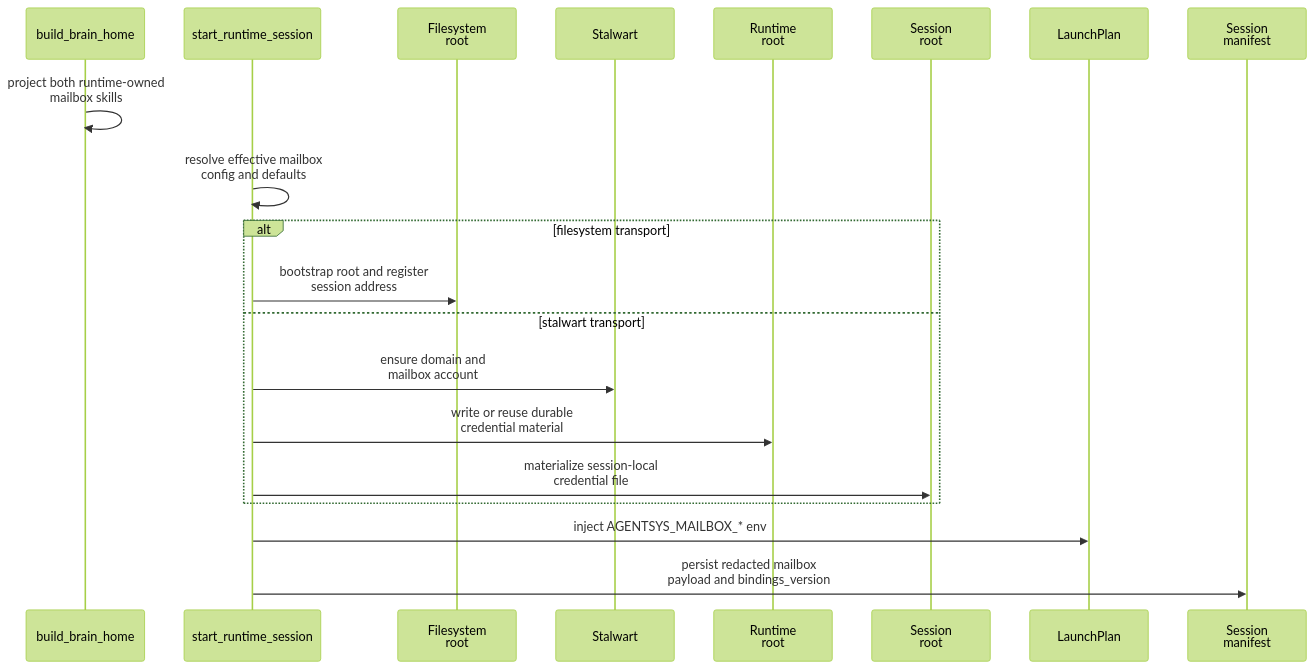
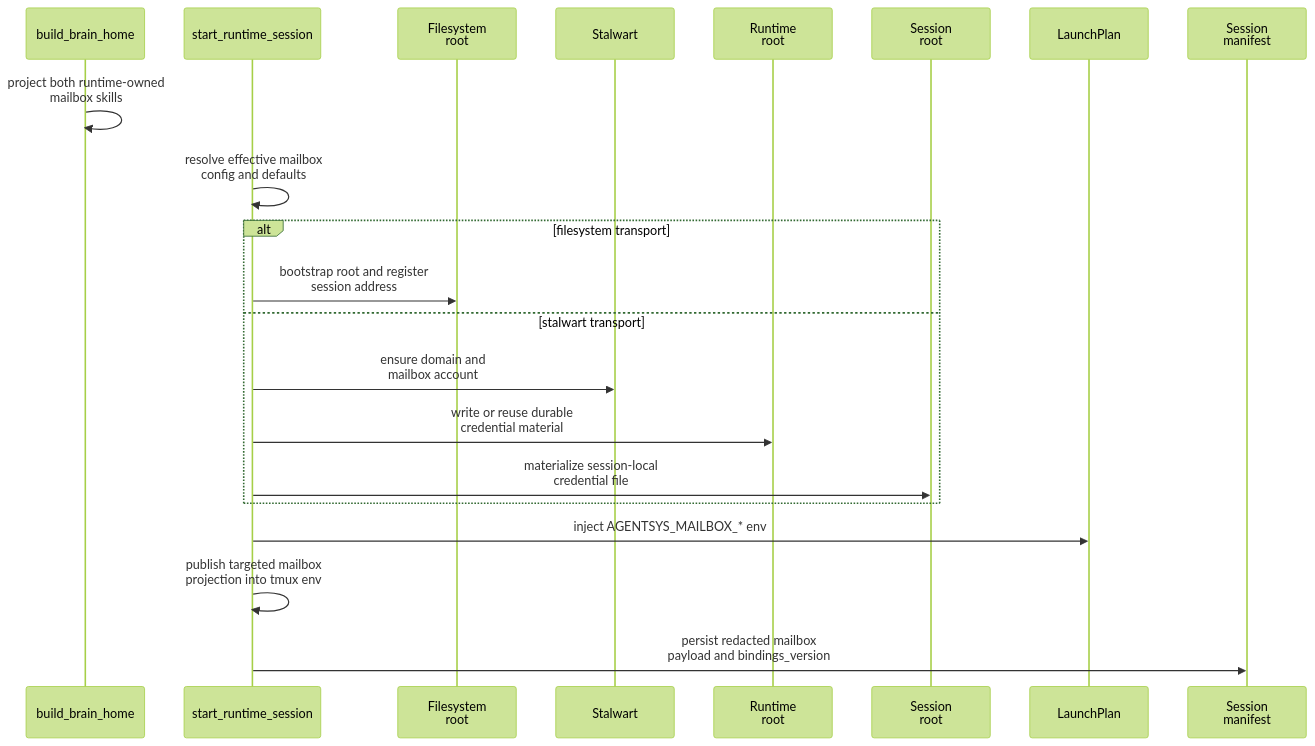
One commit to igamenovoer/houmao changed the diagram in docs/reference/mailbox/internals/runtime-integration.md. Above: the diagram before and after it, drawn with Mermaid (forest theme). The commit also changed other lines of this file and 36 other files, not shown here.

Commit message:
feat: use tmux live mailbox bindings

````diff
--- a/docs/reference/mailbox/internals/runtime-integration.md
+++ b/docs/reference/mailbox/internals/runtime-integration.md
@@ -43,22 +43,23 @@
 ```mermaid
 sequenceDiagram
     participant Bld as build_brain_home
     participant RT as start_runtime_session
     participant FS as Filesystem<br/>root
     participant SW as Stalwart
     participant RR as Runtime<br/>root
     participant SR as Session<br/>root
     participant LP as LaunchPlan
     participant Man as Session<br/>manifest
     Bld->>Bld: project both runtime-owned<br/>mailbox skills
     RT->>RT: resolve effective mailbox<br/>config and defaults
     alt filesystem transport
         RT->>FS: bootstrap root and register<br/>session address
     else stalwart transport
         RT->>SW: ensure domain and<br/>mailbox account
         RT->>RR: write or reuse durable<br/>credential material
         RT->>SR: materialize session-local<br/>credential file
     end
     RT->>LP: inject AGENTSYS_MAILBOX_* env
+    RT->>RT: publish targeted mailbox<br/>projection into tmux env
     RT->>Man: persist redacted mailbox<br/>payload and bindings_version
 ```
````
